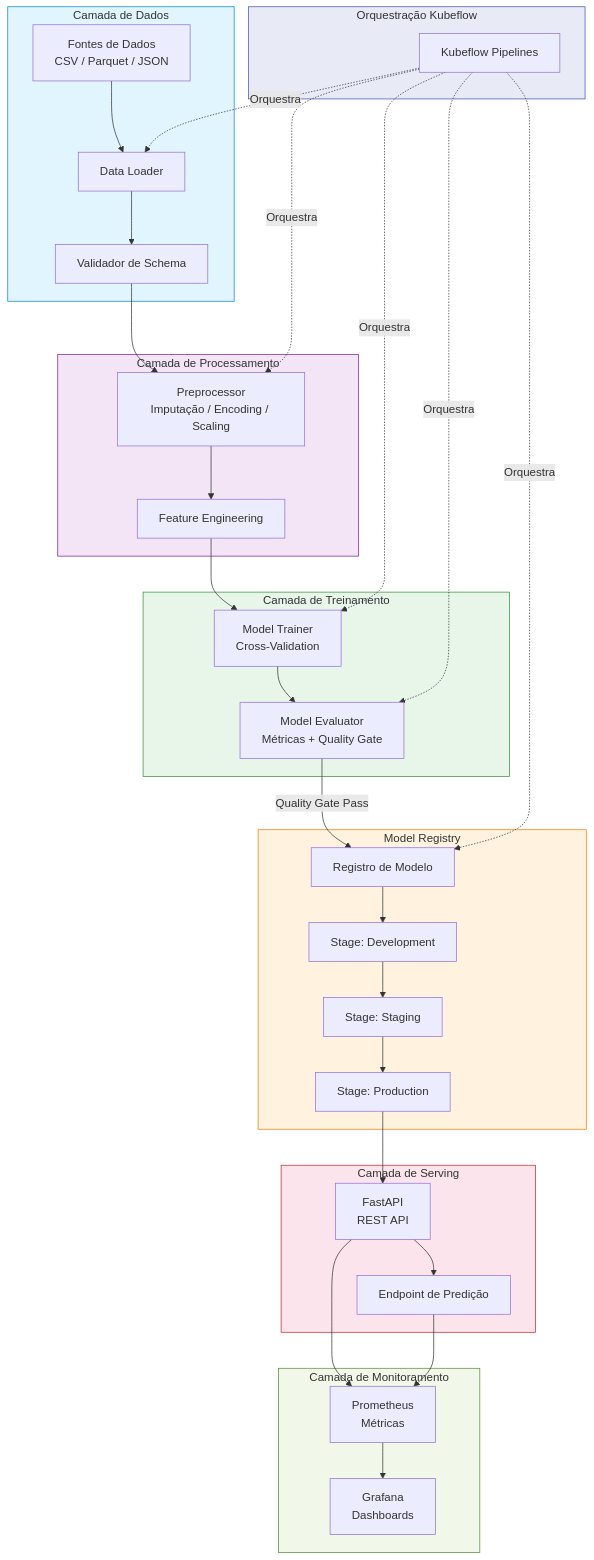
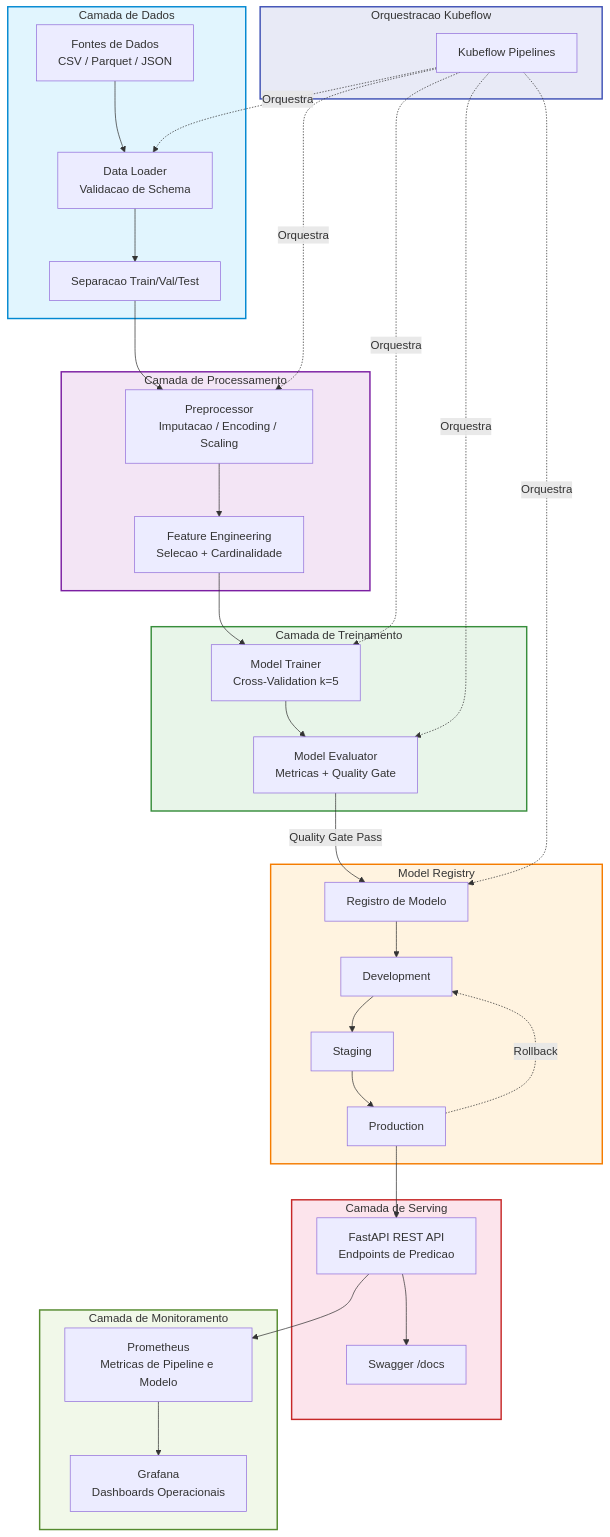
One commit to galafis/ml-platform-kubeflow-orchestrator changed the first of 4 diagrams in README.md. Above: the diagram before and after it, drawn with Mermaid. The commit also changed other lines of this file and 2 other files, not shown here.

Commit message:
refactor: enhance README to flagship quality, improve infrastructure

````diff
--- a/README.md
+++ b/README.md
@@ -51,51 +70,51 @@
 ```mermaid
-graph TB
+graph TD
     subgraph DataLayer["Camada de Dados"]
-        A[Fontes de Dados<br/>CSV / Parquet / JSON] --> B[Data Loader]
-        B --> C[Validador de Schema]
+        A[Fontes de Dados<br/>CSV / Parquet / JSON] --> B[Data Loader<br/>Validacao de Schema]
+        B --> C[Separacao Train/Val/Test]
     end
 
     subgraph ProcessingLayer["Camada de Processamento"]
-        C --> D[Preprocessor<br/>Imputação / Encoding / Scaling]
-        D --> E[Feature Engineering]
+        C --> D[Preprocessor<br/>Imputacao / Encoding / Scaling]
+        D --> E[Feature Engineering<br/>Selecao + Cardinalidade]
     end
 
     subgraph TrainingLayer["Camada de Treinamento"]
-        E --> F[Model Trainer<br/>Cross-Validation]
-        F --> G[Model Evaluator<br/>Métricas + Quality Gate]
+        E --> F[Model Trainer<br/>Cross-Validation k=5]
+        F --> G[Model Evaluator<br/>Metricas + Quality Gate]
     end
 
     subgraph RegistryLayer["Model Registry"]
         G -->|Quality Gate Pass| H[Registro de Modelo]
-        H --> I[Stage: Development]
-        I --> J[Stage: Staging]
-        J --> K[Stage: Production]
+        H --> I[Development]
+        I --> J[Staging]
+        J --> K[Production]
+        K -.->|Rollback| I
     end
 
     subgraph ServingLayer["Camada de Serving"]
-        K --> L[FastAPI<br/>REST API]
-        L --> M[Endpoint de Predição]
+        K --> L[FastAPI REST API<br/>Endpoints de Predicao]
+        L --> M[Swagger /docs]
     end
 
     subgraph MonitoringLayer["Camada de Monitoramento"]
-        L --> N[Prometheus<br/>Métricas]
-        N --> O[Grafana<br/>Dashboards]
-        M --> N
+        L --> N[Prometheus<br/>Metricas de Pipeline e Modelo]
+        N --> O[Grafana<br/>Dashboards Operacionais]
     end
 
-    subgraph Orchestration["Orquestração Kubeflow"]
+    subgraph Orchestration["Orquestracao Kubeflow"]
         P[Kubeflow Pipelines] -.->|Orquestra| B
         P -.->|Orquestra| D
         P -.->|Orquestra| F
         P -.->|Orquestra| G
         P -.->|Orquestra| H
     end
 
-    style DataLayer fill:#e1f5fe,stroke:#0288d1
-    style ProcessingLayer fill:#f3e5f5,stroke:#7b1fa2
-    style TrainingLayer fill:#e8f5e9,stroke:#388e3c
-    style RegistryLayer fill:#fff3e0,stroke:#f57c00
-    style ServingLayer fill:#fce4ec,stroke:#c62828
-    style MonitoringLayer fill:#f1f8e9,stroke:#558b2f
-    style Orchestration fill:#e8eaf6,stroke:#3f51b5
+    style DataLayer fill:#e1f5fe,stroke:#0288d1,stroke-width:2px
+    style ProcessingLayer fill:#f3e5f5,stroke:#7b1fa2,stroke-width:2px
+    style TrainingLayer fill:#e8f5e9,stroke:#388e3c,stroke-width:2px
+    style RegistryLayer fill:#fff3e0,stroke:#f57c00,stroke-width:2px
+    style ServingLayer fill:#fce4ec,stroke:#c62828,stroke-width:2px
+    style MonitoringLayer fill:#f1f8e9,stroke:#558b2f,stroke-width:2px
+    style Orchestration fill:#e8eaf6,stroke:#3f51b5,stroke-width:2px
 ```
````
